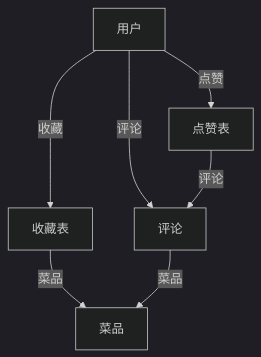
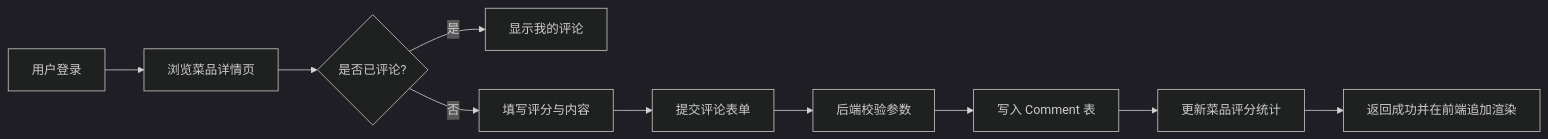
The first of 2 diagrams in README.md (MoriSparkles/EatinginZJUT), drawn with Mermaid (dark theme) before and after one commit. The commit also changed other lines of this file, not shown here.

````diff
--- a/README.md
+++ b/README.md
@@ -140,9 +465,12 @@
 ```mermaid
-graph TD
-  User[用户] -- 评论 --> Comment[评论]
-  User -- 收藏 --> UserFavoriteDish[收藏表]
-  User -- 点赞 --> UserLikeComment[点赞表]
-  UserFavoriteDish -- 菜品 --> Dish[菜品]
-  Comment -- 菜品 --> Dish
-  UserLikeComment -- 评论 --> Comment
+graph LR
+    A[用户登录] --> B[浏览菜品详情页]
+    B --> C{是否已评论?}
+    C -- 是 --> D[显示我的评论]
+    C -- 否 --> E[填写评分与内容]
+    E --> F[提交评论表单]
+    F --> G[后端校验参数]
+    G --> H[写入 Comment 表]
+    H --> I[更新菜品评分统计]
+    I --> J[返回成功并在前端追加渲染]
 ```
````
